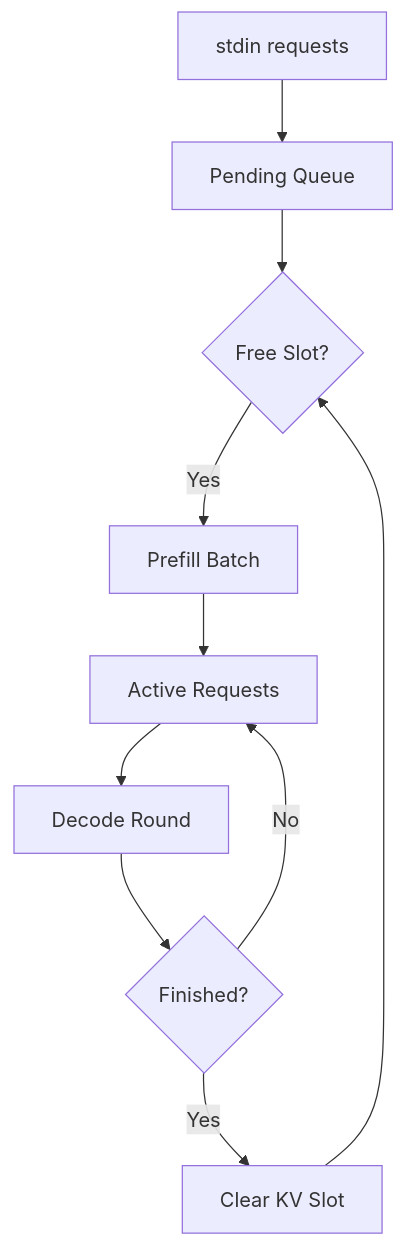
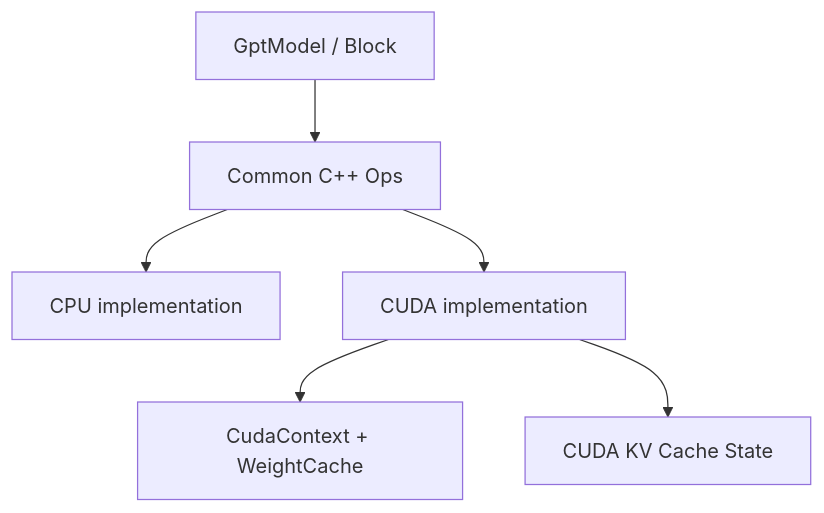
The ninth of 9 diagrams in my/docs/easy_llm_guide.zh-CN.md (eagle-dai/easy_llm.cpp), drawn with Mermaid before and after one commit. The commit also changed other lines of this file, not shown here.

````diff
--- a/my/docs/easy_llm_guide.zh-CN.md
+++ b/my/docs/easy_llm_guide.zh-CN.md
@@ -3577,12 +1354,15 @@
 ```mermaid
-flowchart TD
-    A[stdin requests] --> B[Pending Queue]
-    B --> C{Free Slot?}
-    C -->|Yes| D[Prefill Batch]
-    D --> E[Active Requests]
-    E --> F[Decode Round]
-    F --> G{Finished?}
-    G -->|No| E
-    G -->|Yes| H[Clear KV Slot]
-    H --> C
+flowchart TB
+    M[GptModel / Block]
+    O[Common C++ Ops]
+    C[CPU implementation]
+    G[CUDA implementation]
+    R[CudaContext + WeightCache]
+    K[CUDA KV Cache State]
+
+    M --> O
+    O --> C
+    O --> G
+    G --> R
+    G --> K
 ```
````
